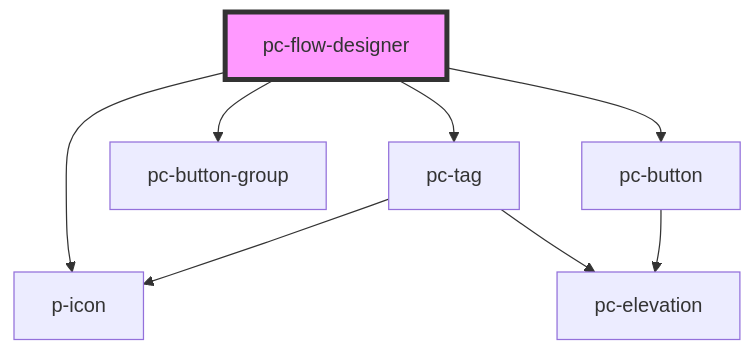
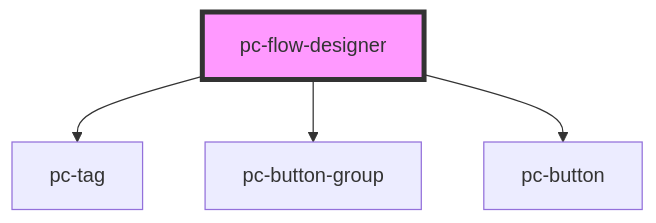
Before and after one commit to redvars/peacock: the diagram in src/components/application/flow-designer/flow-designer/readme.md, drawn with Mermaid. The commit also changed other lines of this file and 135 other files, not shown here.

````diff
--- a/src/components/application/flow-designer/flow-designer/readme.md
+++ b/src/components/application/flow-designer/flow-designer/readme.md
@@ -27,11 +26,7 @@
 ```mermaid
 graph TD;
-  pc-flow-designer --> p-icon
   pc-flow-designer --> pc-tag
   pc-flow-designer --> pc-button-group
   pc-flow-designer --> pc-button
-  pc-tag --> p-icon
-  pc-tag --> pc-elevation
-  pc-button --> pc-elevation
   style pc-flow-designer fill:#f9f,stroke:#333,stroke-width:4px
 ```
````
